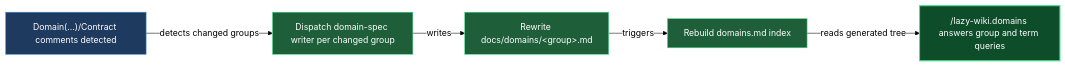
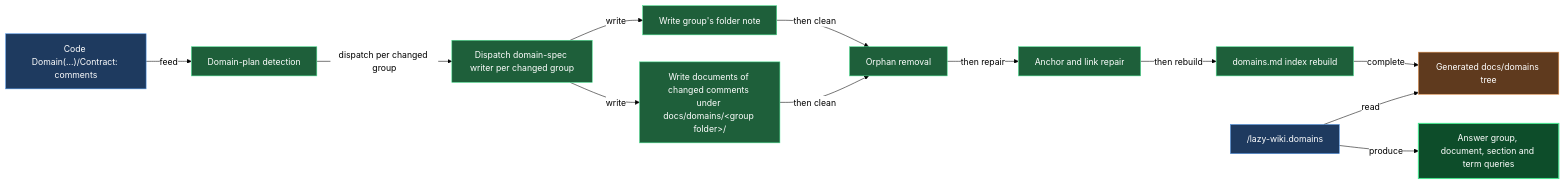
The diagram in plugins/claude/lazycortex-wiki/help/domains.md (mebius-san/lazy-cortex), drawn with Mermaid before and after one commit. The commit also changed other lines of this file and 499 other files, not shown here.

Commit message:
release: core 11.0.0, diagram 2.0.3, experts 1.10.0, observe 2.2.6, obsidian 6.2.0, python 4.13.0, review 6.14.0, specs 10.0.0, wiki 3.7.0

````diff
--- a/plugins/claude/lazycortex-wiki/help/domains.md
+++ b/plugins/claude/lazycortex-wiki/help/domains.md
@@ -52,24 +92,44 @@
 ```mermaid
 %%{init: {'themeVariables':{'background':'transparent','lineColor':'#000','textColor':'#000','edgeLabelBackground':'#fff'},'themeCSS':'.edgeLabel{background-color:transparent!important}.edgeLabel p{background-color:transparent!important}','flowchart':{'diagramPadding':5,'useMaxWidth':true}}}%%
 flowchart LR
-  domainCommentsDetected["Domain(...)/Contract comments detected"]
-  dispatchDomainSpecWriter["Dispatch domain-spec writer per changed group"]
-  rewriteDomainGroupDoc["Rewrite docs/domains/&lt;group&gt;.md"]
-  rebuildDomainsIndex["Rebuild domains.md index"]
-  lazyWikiDomainsAnswers["/lazy-wiki.domains answers group and term queries"]
+  codeComments["Code Domain(…)/Contract: comments"]
+  domainPlanDetection["Domain-plan detection"]
+  dispatchWriter["Dispatch domain-spec writer per changed group"]
+  writeFolderNote["Write group's folder note"]
+  writeDocuments["Write documents of changed comments under docs/domains/#lt;group folder#gt;/"]
+  orphanRemoval["Orphan removal"]
+  repairAnchorsLinks["Anchor and link repair"]
+  rebuildIndex["domains.md index rebuild"]
+  domainsTree["Generated docs/domains tree"]
+  lazyWikiDomains["/lazy-wiki.domains"]
+  answerQueries["Answer group, document, section and term queries"]
 
-  domainCommentsDetected -->|detects changed groups| dispatchDomainSpecWriter
-  dispatchDomainSpecWriter -->|writes| rewriteDomainGroupDoc
-  rewriteDomainGroupDoc -->|triggers| rebuildDomainsIndex
-  rebuildDomainsIndex -->|reads generated tree| lazyWikiDomainsAnswers
+  codeComments -->|feed| domainPlanDetection
+  domainPlanDetection -->|dispatch per changed group| dispatchWriter
+  dispatchWriter -->|write| writeFolderNote
+  dispatchWriter -->|write| writeDocuments
+  writeFolderNote -->|then clean| orphanRemoval
+  writeDocuments -->|then clean| orphanRemoval
+  orphanRemoval -->|then repair| repairAnchorsLinks
+  repairAnchorsLinks -->|then rebuild| rebuildIndex
+  rebuildIndex -->|complete| domainsTree
+  lazyWikiDomains -->|read| domainsTree
+  lazyWikiDomains -->|produce| answerQueries
 
   classDef entry fill:#1e3a5f,stroke:#4a90e2,color:#fff
   classDef action fill:#1e5f3a,stroke:#4ae290,color:#fff
+  classDef store fill:#5f3a1e,stroke:#e2904a,color:#fff
   classDef success fill:#0d4d2a,stroke:#4ae290,color:#fff,stroke-width:2px
 
-  class domainCommentsDetected entry
-  class dispatchDomainSpecWriter action
-  class rewriteDomainGroupDoc action
-  class rebuildDomainsIndex action
-  class lazyWikiDomainsAnswers success
+  class codeComments entry
+  class lazyWikiDomains entry
+  class domainPlanDetection action
+  class dispatchWriter action
+  class writeFolderNote action
+  class writeDocuments action
+  class orphanRemoval action
+  class repairAnchorsLinks action
+  class rebuildIndex action
+  class domainsTree store
+  class answerQueries success
 ```
````
